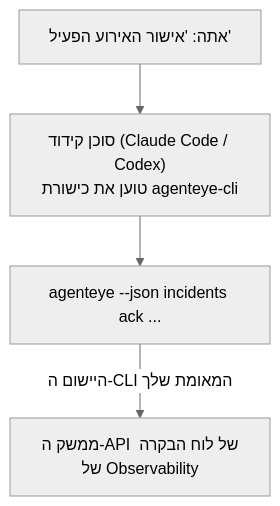
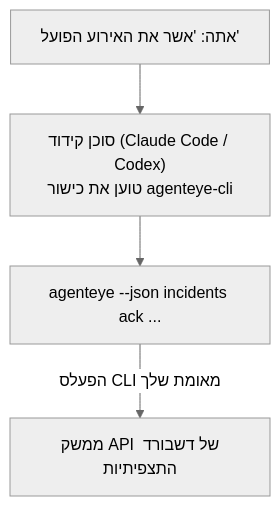
The diagram in docs/he/agenteye/cli-skill.mdx (FailproofAI/failproofai), drawn with Mermaid (neutral theme) before and after one commit. The commit also changed other lines of this file and 654 other files, not shown here.

````diff
--- a/docs/he/agenteye/cli-skill.mdx
+++ b/docs/he/agenteye/cli-skill.mdx
@@ -29,6 +28,6 @@
 ```mermaid
 flowchart TD
-    YOU["אתה: 'אישור האירוע הפעיל'"] --> AGENT["סוכן קידוד (Claude Code / Codex)<br/>טוען את כישורת agenteye-cli"]
+    YOU["אתה: 'אשר את האירוע הפועל'"] --> AGENT["סוכן קידוד (Claude Code / Codex)<br/>טוען את כישור agenteye-cli"]
     AGENT --> CLI["agenteye --json incidents ack ..."]
-    CLI -->|היישום ה-CLI המאומת שלך| API["ממשק ה-API של לוח הבקרה של Observability"]
+    CLI -->|הפעלס CLI מאומת שלך| API["ממשק API של דשבורד התצפיתיות"]
 ```
````
